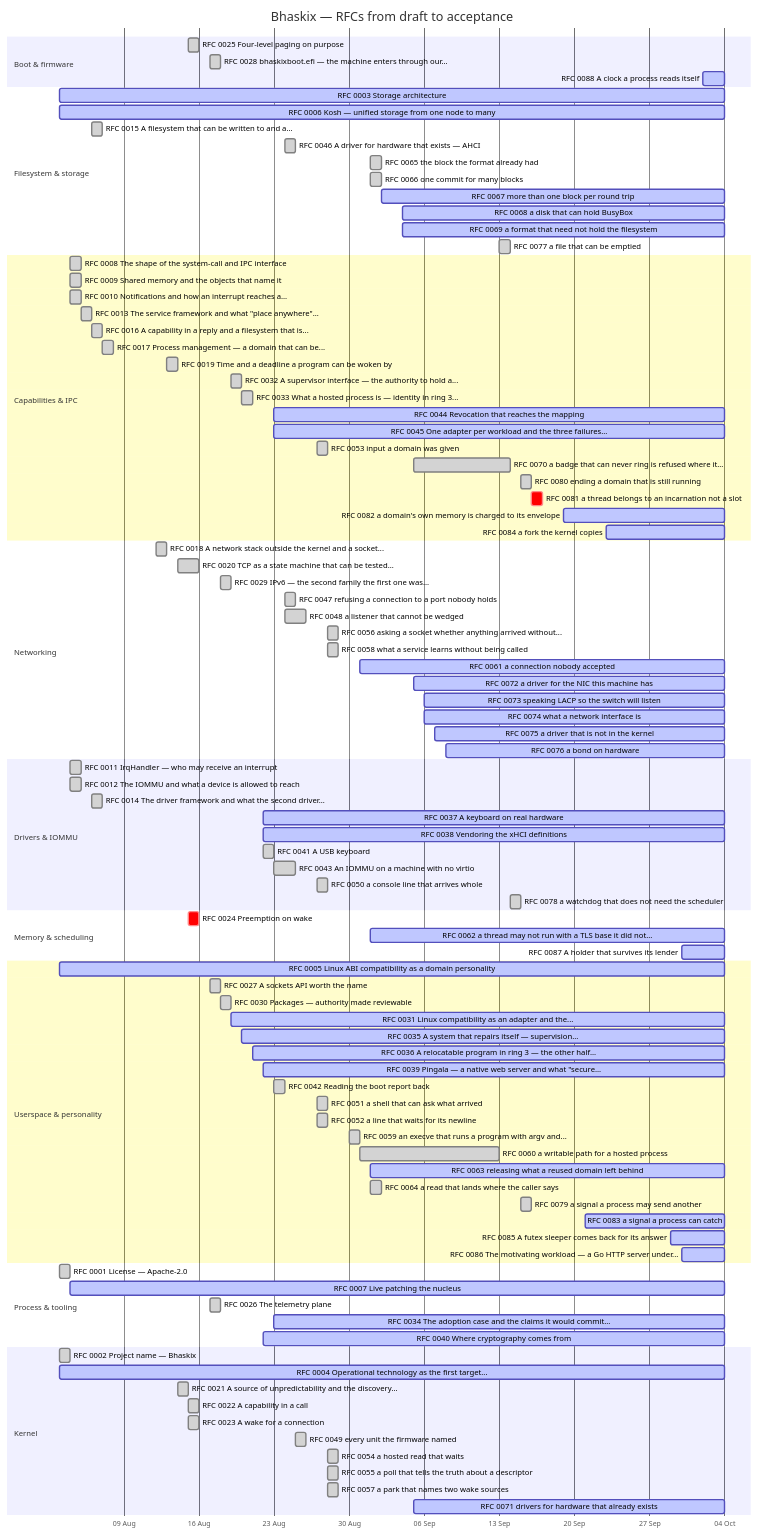
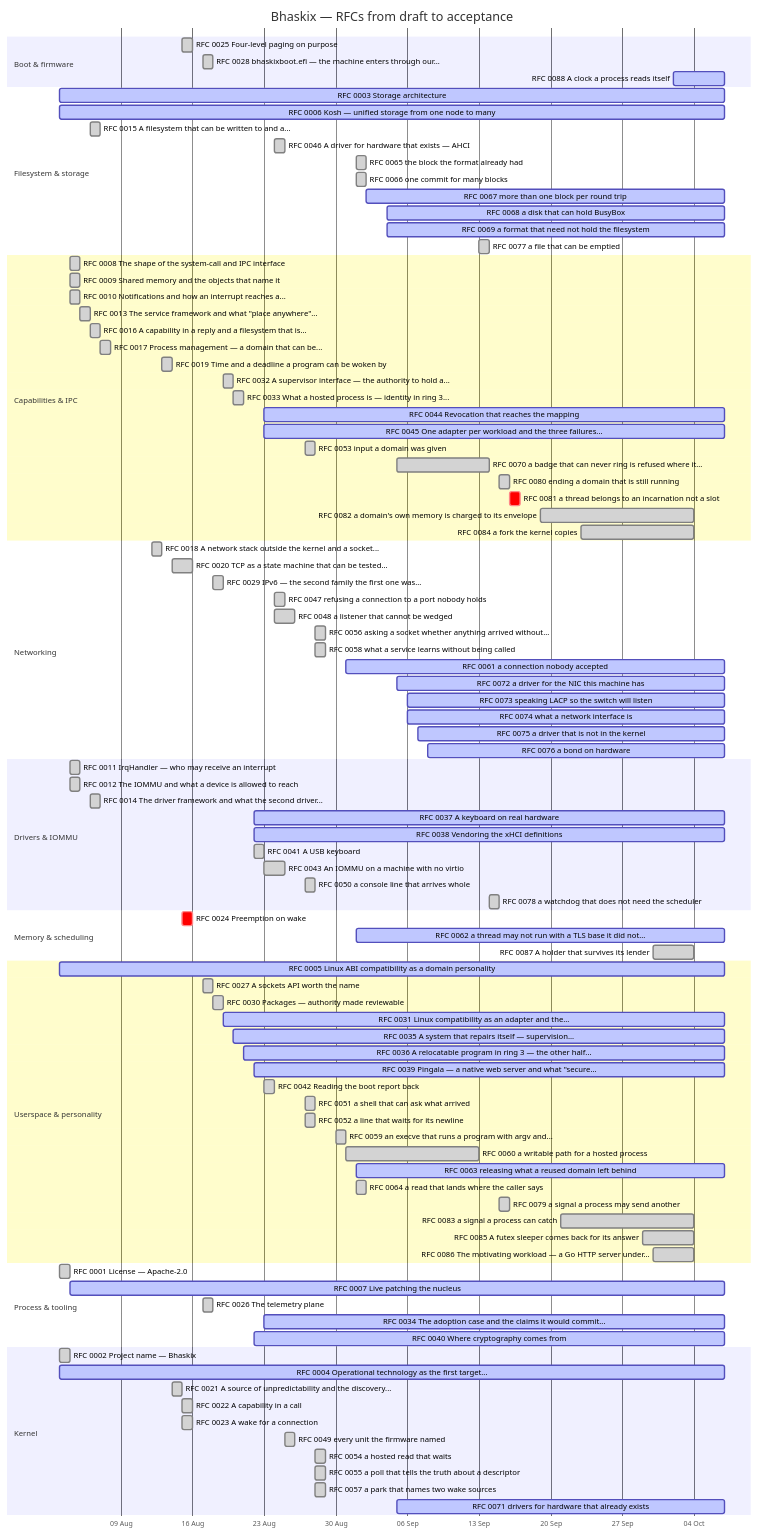
Before and after one commit to bhaskix/bhaskix: the diagram in docs/progress.md, drawn with Mermaid. The commit also changed other lines of this file and 10 other files, not shown here.

````diff
--- a/docs/progress.md
+++ b/docs/progress.md
@@ -30,17 +30,17 @@
     section Boot & firmware
     RFC 0025 Four-level paging on purpose :done, r0025, 2026-08-15, 2026-08-16
     RFC 0028 bhaskixboot.efi — the machine enters through our... :done, r0028, 2026-08-17, 2026-08-18
-    RFC 0088 A clock a process reads itself :active, r0088, 2026-10-02, 2026-10-04
+    RFC 0088 A clock a process reads itself :active, r0088, 2026-10-02, 2026-10-07
     section Filesystem & storage
-    RFC 0003 Storage architecture :active, r0003, 2026-08-03, 2026-10-04
-    RFC 0006 Kosh — unified storage from one node to many :active, r0006, 2026-08-03, 2026-10-04
+    RFC 0003 Storage architecture :active, r0003, 2026-08-03, 2026-10-07
+    RFC 0006 Kosh — unified storage from one node to many :active, r0006, 2026-08-03, 2026-10-07
     RFC 0015 A filesystem that can be written to and a... :done, r0015, 2026-08-06, 1d
     RFC 0046 A driver for hardware that exists — AHCI :done, r0046, 2026-08-24, 1d
     RFC 0065 the block the format already had :done, r0065, 2026-09-01, 1d
     RFC 0066 one commit for many blocks :done, r0066, 2026-09-01, 1d
-    RFC 0067 more than one block per round trip :active, r0067, 2026-09-02, 2026-10-04
-    RFC 0068 a disk that can hold BusyBox :active, r0068, 2026-09-04, 2026-10-04
-    RFC 0069 a format that need not hold the filesystem :active, r0069, 2026-09-04, 2026-10-04
+    RFC 0067 more than one block per round trip :active, r0067, 2026-09-02, 2026-10-07
+    RFC 0068 a disk that can hold BusyBox :active, r0068, 2026-09-04, 2026-10-07
+    RFC 0069 a format that need not hold the filesystem :active, r0069, 2026-09-04, 2026-10-07
     RFC 0077 a file that can be emptied :done, r0077, 2026-09-13, 1d
     section Capabilities & IPC
     RFC 0008 The shape of the system-call and IPC interface :done, r0008, 2026-08-04, 1d
@@ -52,14 +52,14 @@
     RFC 0019 Time and a deadline a program can be woken by :done, r0019, 2026-08-13, 2026-08-14
     RFC 0032 A supervisor interface — the authority to hold a... :done, r0032, 2026-08-19, 2026-08-20
     RFC 0033 What a hosted process is — identity in ring 3... :done, r0033, 2026-08-20, 1d
-    RFC 0044 Revocation that reaches the mapping :active, r0044, 2026-08-23, 2026-10-04
-    RFC 0045 One adapter per workload and the three failures... :active, r0045, 2026-08-23, 2026-10-04
+    RFC 0044 Revocation that reaches the mapping :active, r0044, 2026-08-23, 2026-10-07
+    RFC 0045 One adapter per workload and the three failures... :active, r0045, 2026-08-23, 2026-10-07
     RFC 0053 input a domain was given :done, r0053, 2026-08-27, 1d
     RFC 0070 a badge that can never ring is refused where it... :done, r0070, 2026-09-05, 2026-09-14
     RFC 0080 ending a domain that is still running :done, r0080, 2026-09-15, 1d
     RFC 0081 a thread belongs to an incarnation not a slot :crit, r0081, 2026-09-16, 1d
-    RFC 0082 a domain's own memory is charged to its envelope :active, r0082, 2026-09-19, 2026-10-04
-    RFC 0084 a fork the kernel copies :active, r0084, 2026-09-23, 2026-10-04
+    RFC 0082 a domain's own memory is charged to its envelope :done, r0082, 2026-09-19, 2026-10-04
+    RFC 0084 a fork the kernel copies :done, r0084, 2026-09-23, 2026-10-04
     section Networking
     RFC 0018 A network stack outside the kernel and a socket... :done, r0018, 2026-08-12, 2026-08-13
     RFC 0020 TCP as a state machine that can be tested... :done, r0020, 2026-08-14, 2026-08-16
@@ -68,54 +68,54 @@
     RFC 0048 a listener that cannot be wedged :done, r0048, 2026-08-24, 2026-08-26
     RFC 0056 asking a socket whether anything arrived without... :done, r0056, 2026-08-28, 1d
     RFC 0058 what a service learns without being called :done, r0058, 2026-08-28, 1d
-    RFC 0061 a connection nobody accepted :active, r0061, 2026-08-31, 2026-10-04
-    RFC 0072 a driver for the NIC this machine has :active, r0072, 2026-09-05, 2026-10-04
-    RFC 0073 speaking LACP so the switch will listen :active, r0073, 2026-09-06, 2026-10-04
-    RFC 0074 what a network interface is :active, r0074, 2026-09-06, 2026-10-04
-    RFC 0075 a driver that is not in the kernel :active, r0075, 2026-09-07, 2026-10-04
-    RFC 0076 a bond on hardware :active, r0076, 2026-09-08, 2026-10-04
+    RFC 0061 a connection nobody accepted :active, r0061, 2026-08-31, 2026-10-07
+    RFC 0072 a driver for the NIC this machine has :active, r0072, 2026-09-05, 2026-10-07
+    RFC 0073 speaking LACP so the switch will listen :active, r0073, 2026-09-06, 2026-10-07
+    RFC 0074 what a network interface is :active, r0074, 2026-09-06, 2026-10-07
+    RFC 0075 a driver that is not in the kernel :active, r0075, 2026-09-07, 2026-10-07
+    RFC 0076 a bond on hardware :active, r0076, 2026-09-08, 2026-10-07
     section Drivers & IOMMU
     RFC 0011 IrqHandler — who may receive an interrupt :done, r0011, 2026-08-04, 1d
     RFC 0012 The IOMMU and what a device is allowed to reach :done, r0012, 2026-08-04, 1d
     RFC 0014 The driver framework and what the second driver... :done, r0014, 2026-08-06, 1d
-    RFC 0037 A keyboard on real hardware :active, r0037, 2026-08-22, 2026-10-04
-    RFC 0038 Vendoring the xHCI definitions :active, r0038, 2026-08-22, 2026-10-04
+    RFC 0037 A keyboard on real hardware :active, r0037, 2026-08-22, 2026-10-07
+    RFC 0038 Vendoring the xHCI definitions :active, r0038, 2026-08-22, 2026-10-07
     RFC 0041 A USB keyboard :done, r0041, 2026-08-22, 2026-08-23
     RFC 0043 An IOMMU on a machine with no virtio :done, r0043, 2026-08-23, 2026-08-25
     RFC 0050 a console line that arrives whole :done, r0050, 2026-08-27, 1d
     RFC 0078 a watchdog that does not need the scheduler :done, r0078, 2026-09-14, 2026-09-15
     section Memory & scheduling
     RFC 0024 Preemption on wake :crit, r0024, 2026-08-15, 1d
-    RFC 0062 a thread may not run with a TLS base it did not... :active, r0062, 2026-09-01, 2026-10-04
-    RFC 0087 A holder that survives its lender :active, r0087, 2026-09-30, 2026-10-04
+    RFC 0062 a thread may not run with a TLS base it did not... :active, r0062, 2026-09-01, 2026-10-07
+    RFC 0087 A holder that survives its lender :done, r0087, 2026-09-30, 2026-10-04
     section Userspace & personality
-    RFC 0005 Linux ABI compatibility as a domain personality :active, r0005, 2026-08-03, 2026-10-04
+    RFC 0005 Linux ABI compatibility as a domain personality :active, r0005, 2026-08-03, 2026-10-07
     RFC 0027 A sockets API worth the name :done, r0027, 2026-08-17, 1d
     RFC 0030 Packages — authority made reviewable :done, r0030, 2026-08-18, 2026-08-19
-    RFC 0031 Linux compatibility as an adapter and the... :active, r0031, 2026-08-19, 2026-10-04
-    RFC 0035 A system that repairs itself — supervision... :active, r0035, 2026-08-20, 2026-10-04
-    RFC 0036 A relocatable program in ring 3 — the other half... :active, r0036, 2026-08-21, 2026-10-04
-    RFC 0039 Pingala — a native web server and what "secure... :active, r0039, 2026-08-22, 2026-10-04
+    RFC 0031 Linux compatibility as an adapter and the... :active, r0031, 2026-08-19, 2026-10-07
+    RFC 0035 A system that repairs itself — supervision... :active, r0035, 2026-08-20, 2026-10-07
+    RFC 0036 A relocatable program in ring 3 — the other half... :active, r0036, 2026-08-21, 2026-10-07
+    RFC 0039 Pingala — a native web server and what "secure... :active, r0039, 2026-08-22, 2026-10-07
     RFC 0042 Reading the boot report back :done, r0042, 2026-08-23, 1d
     RFC 0051 a shell that can ask what arrived :done, r0051, 2026-08-27, 1d
     RFC 0052 a line that waits for its newline :done, r0052, 2026-08-27, 1d
     RFC 0059 an execve that runs a program with argv and... :done, r0059, 2026-08-30, 1d
     RFC 0060 a writable path for a hosted process :done, r0060, 2026-08-31, 2026-09-13
-    RFC 0063 releasing what a reused domain left behind :active, r0063, 2026-09-01, 2026-10-04
+    RFC 0063 releasing what a reused domain left behind :active, r0063, 2026-09-01, 2026-10-07
     RFC 0064 a read that lands where the caller says :done, r0064, 2026-09-01, 1d
     RFC 0079 a signal a process may send another :done, r0079, 2026-09-15, 1d
-    RFC 0083 a signal a process can catch :active, r0083, 2026-09-21, 2026-10-04
-    RFC 0085 A futex sleeper comes back for its answer :active, r0085, 2026-09-29, 2026-10-04
-    RFC 0086 The motivating workload — a Go HTTP server under... :active, r0086, 2026-09-30, 2026-10-04
+    RFC 0083 a signal a process can catch :done, r0083, 2026-09-21, 2026-10-04
+    RFC 0085 A futex sleeper comes back for its answer :done, r0085, 2026-09-29, 2026-10-04
+    RFC 0086 The motivating workload — a Go HTTP server under... :done, r0086, 2026-09-30, 2026-10-04
     section Process & tooling
     RFC 0001 License — Apache-2.0 :done, r0001, 2026-08-03, 1d
-    RFC 0007 Live patching the nucleus :active, r0007, 2026-08-04, 2026-10-04
+    RFC 0007 Live patching the nucleus :active, r0007, 2026-08-04, 2026-10-07
     RFC 0026 The telemetry plane :done, r0026, 2026-08-17, 1d
-    RFC 0034 The adoption case and the claims it would commit... :active, r0034, 2026-08-23, 2026-10-04
-    RFC 0040 Where cryptography comes from :active, r0040, 2026-08-22, 2026-10-04
+    RFC 0034 The adoption case and the claims it would commit... :active, r0034, 2026-08-23, 2026-10-07
+    RFC 0040 Where cryptography comes from :active, r0040, 2026-08-22, 2026-10-07
     section Kernel
     RFC 0002 Project name — Bhaskix :done, r0002, 2026-08-03, 1d
-    RFC 0004 Operational technology as the first target... :active, r0004, 2026-08-03, 2026-10-04
+    RFC 0004 Operational technology as the first target... :active, r0004, 2026-08-03, 2026-10-07
     RFC 0021 A source of unpredictability and the discovery... :done, r0021, 2026-08-14, 1d
     RFC 0022 A capability in a call :done, r0022, 2026-08-15, 2026-08-16
     RFC 0023 A wake for a connection :done, r0023, 2026-08-15, 2026-08-16
@@ -123,5 +123,5 @@
     RFC 0054 a hosted read that waits :done, r0054, 2026-08-28, 1d
     RFC 0055 a poll that tells the truth about a descriptor :done, r0055, 2026-08-28, 1d
     RFC 0057 a park that names two wake sources :done, r0057, 2026-08-28, 1d
-    RFC 0071 drivers for hardware that already exists :active, r0071, 2026-09-05, 2026-10-04
+    RFC 0071 drivers for hardware that already exists :active, r0071, 2026-09-05, 2026-10-07
 ```
````
